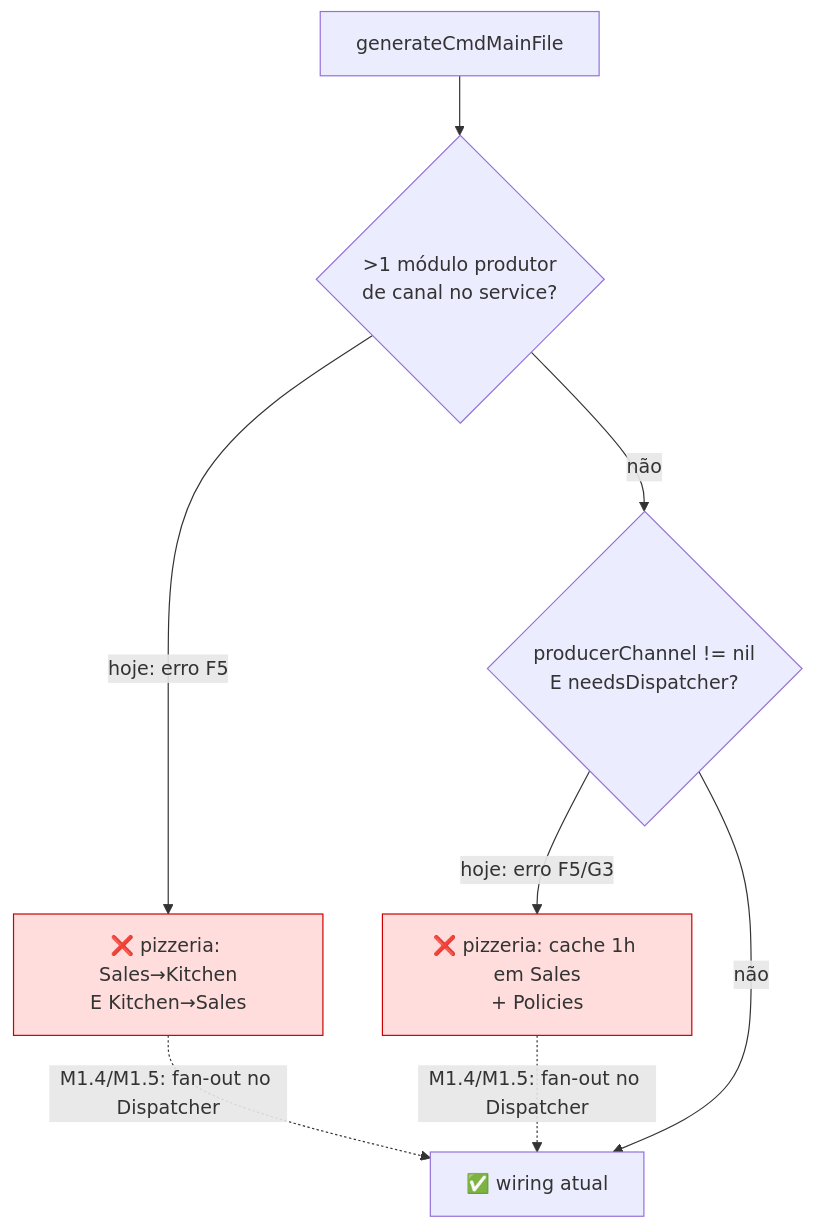
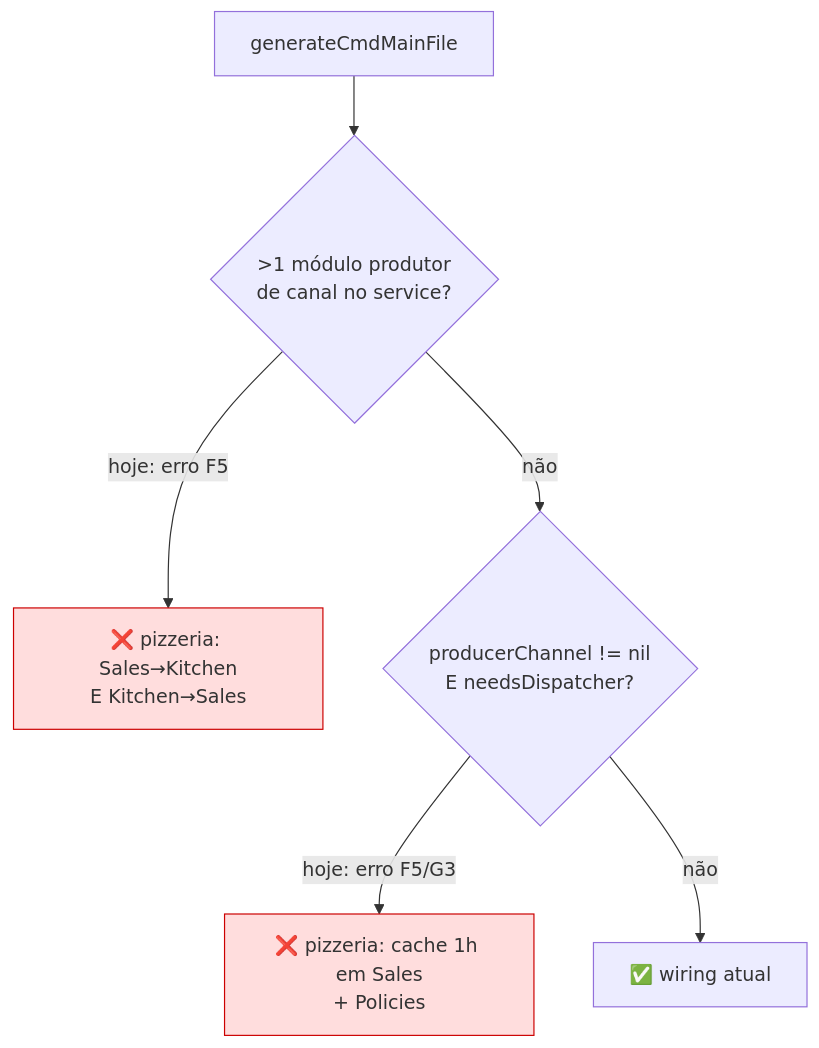
One commit to Ruannilton/domainscript changed the fifth of 6 diagrams in .claude/specs/correcoes-issues-6-8-12/design.md. Above: the diagram before and after it, drawn with Mermaid. The commit also changed other lines of this file and 5 other files, not shown here.

````diff
--- a/.claude/specs/correcoes-issues-6-8-12/design.md
+++ b/.claude/specs/correcoes-issues-6-8-12/design.md
@@ -377,14 +488,11 @@
 ```mermaid
 graph TD
     A["generateCmdMainFile"] --> B{"&gt;1 módulo produtor<br/>de canal no service?"}
     B -->|"hoje: erro F5"| X1["❌ pizzeria: Sales→Kitchen<br/>E Kitchen→Sales"]
     B -->|não| C{"producerChannel != nil<br/>E needsDispatcher?"}
     C -->|"hoje: erro F5/G3"| X2["❌ pizzeria: cache 1h em Sales<br/>+ Policies"]
     C -->|não| D["✅ wiring atual"]
 
-    X1 -.->|"M1.4/M1.5: fan-out no Dispatcher"| D
-    X2 -.->|"M1.4/M1.5: fan-out no Dispatcher"| D
-
     style X1 fill:#fdd,stroke:#c00
     style X2 fill:#fdd,stroke:#c00
 ```
````
